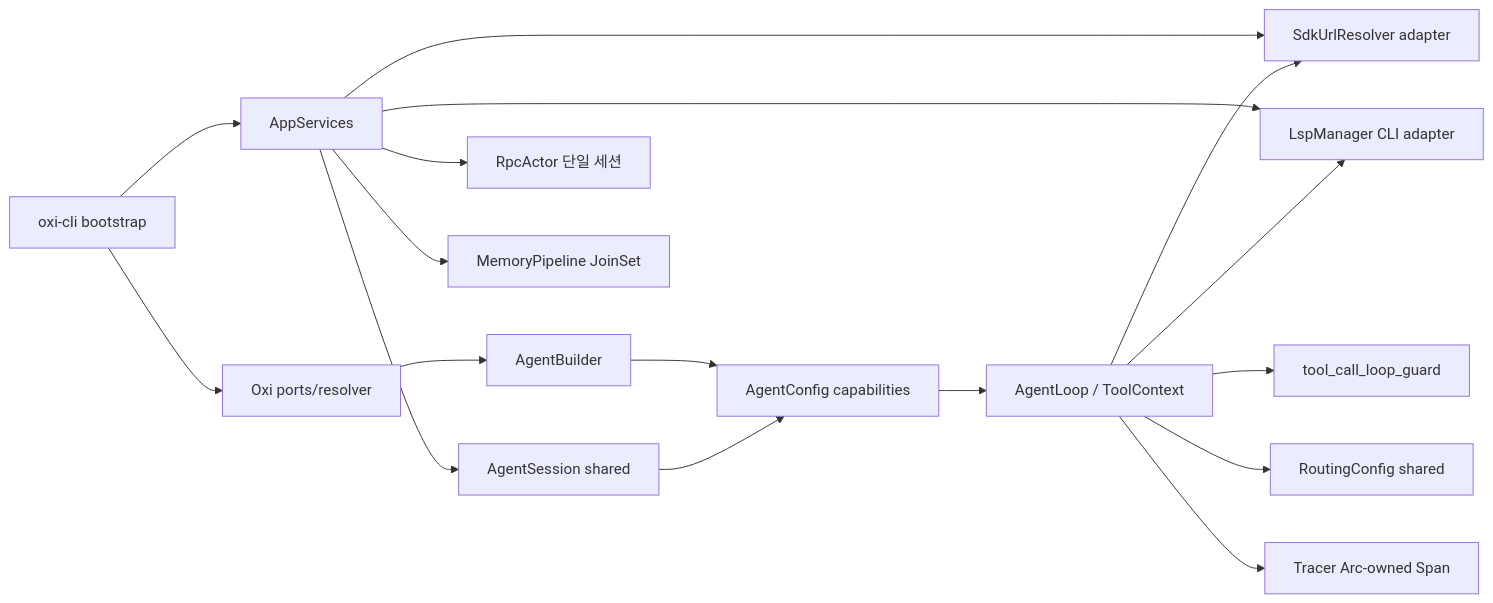
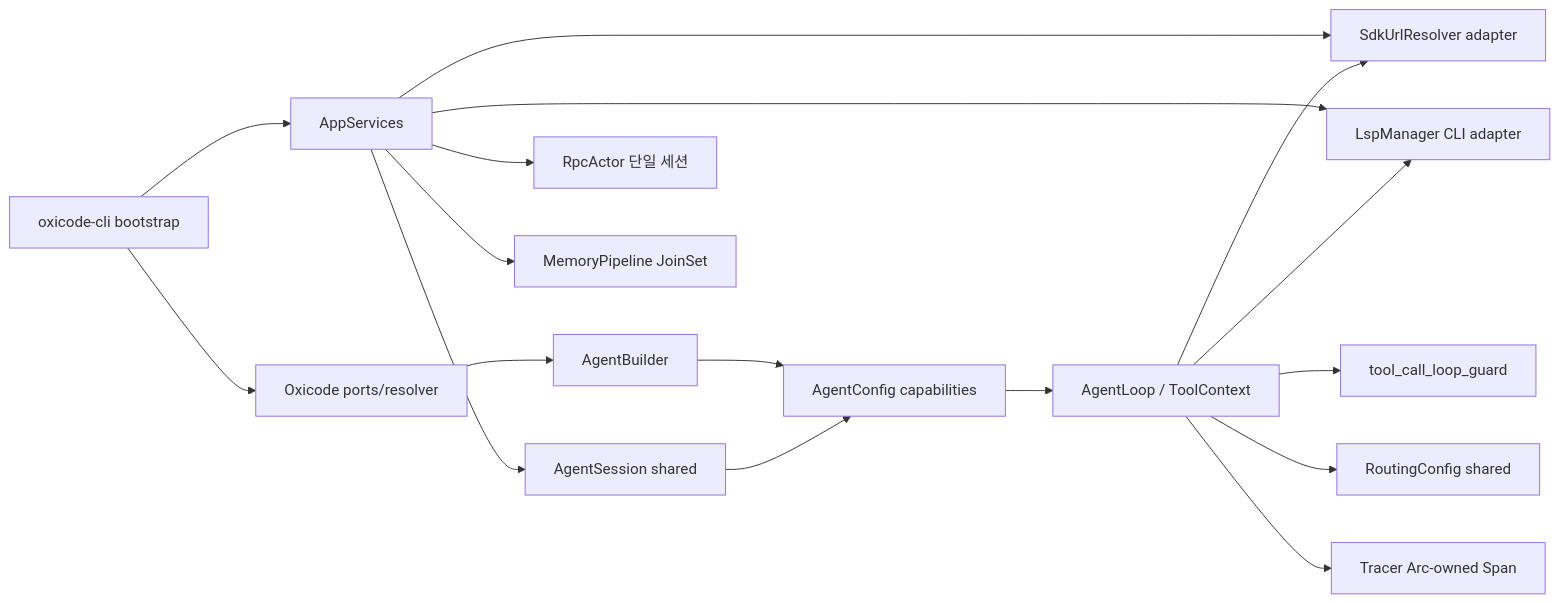
One commit to a7garden/oxi changed the diagram in docs/designs/2026-07-18-stub-completion.md. Above: the diagram before and after it, drawn with Mermaid. The commit also changed other lines of this file and 1247 other files, not shown here.

First line of the commit message:
rename!: oxi → oxicode — comprehensive project rename

````diff
--- a/docs/designs/2026-07-18-stub-completion.md
+++ b/docs/designs/2026-07-18-stub-completion.md
@@ -68,21 +68,21 @@
 ```mermaid
 flowchart LR
-  CLI[oxi-cli bootstrap] --> OXI[Oxi ports/resolver]
+  CLI[oxicode-cli bootstrap] --> OXI[Oxicode ports/resolver]
   CLI --> APP[AppServices]
   OXI --> AB[AgentBuilder]
   APP --> AS[AgentSession shared]
   AB --> AC[AgentConfig capabilities]
   AS --> AC
   AC --> LOOP[AgentLoop / ToolContext]
 
   APP --> RPC[RpcActor 단일 세션]
   APP --> MEM[MemoryPipeline JoinSet]
   APP --> URL[SdkUrlResolver adapter]
   APP --> LSP[LspManager CLI adapter]
 
   LOOP --> URL
   LOOP --> LSP
   LOOP --> GUARD[tool_call_loop_guard]
   LOOP --> ROUTING[RoutingConfig shared]
   LOOP --> TRACER[Tracer Arc-owned Span]
 ```
````
